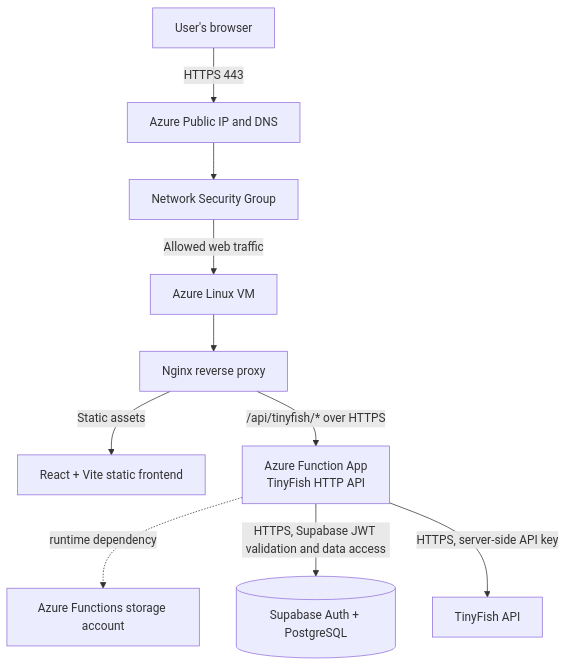
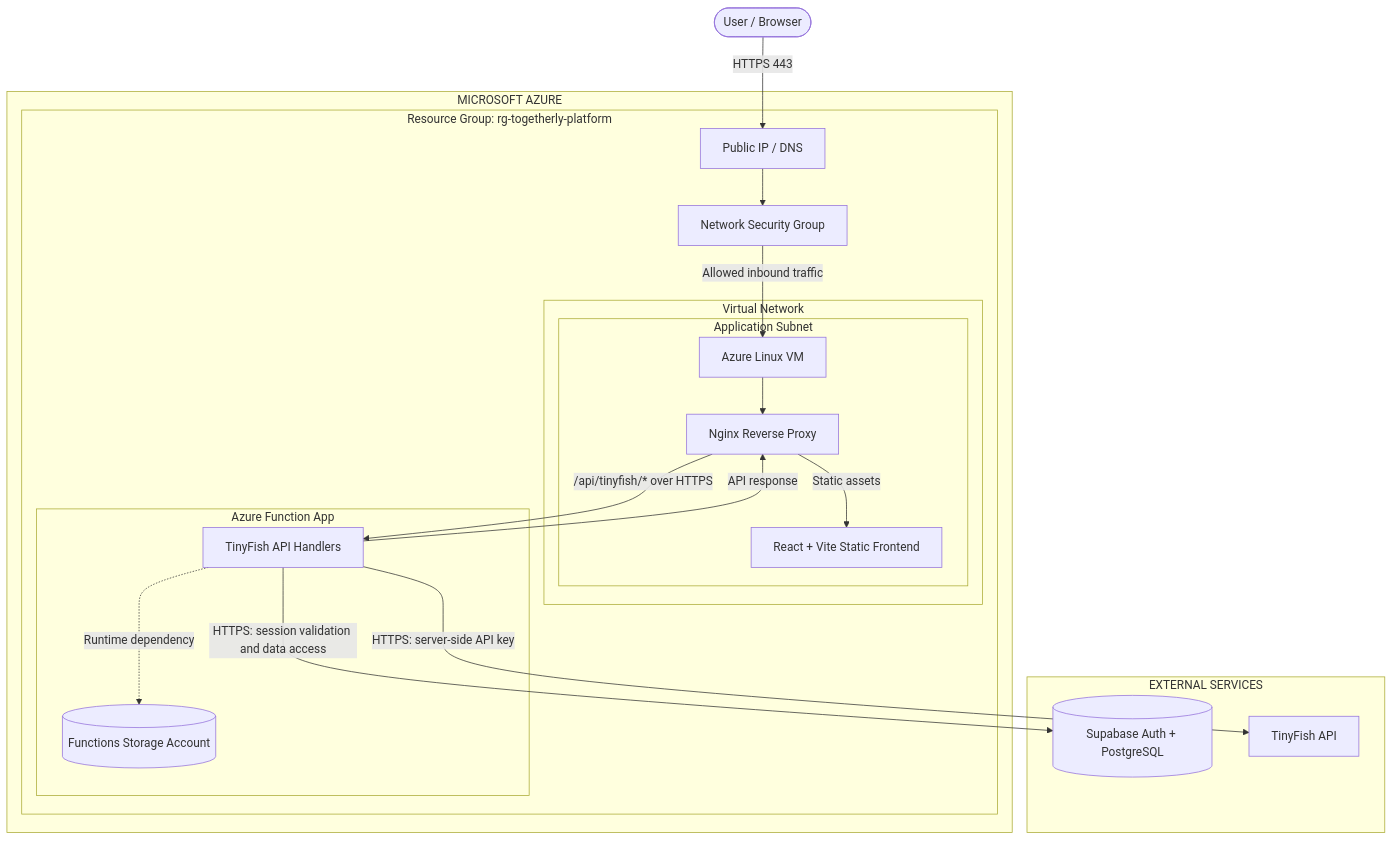
Before and after one commit to Faizankhan-cyber/togetherly-azure-platform: the diagram in docs/architecture/v1-architecture.md, drawn with Mermaid. The commit also changed other lines of this file, not shown here.

Commit message:
docs: document integrated V1 architecture and infrastructure view

````diff
--- a/docs/architecture/v1-architecture.md
+++ b/docs/architecture/v1-architecture.md
@@ -9,23 +11,40 @@
 ```mermaid
 flowchart TB
-    U[User's browser]
-    DNS[Azure Public IP and DNS]
-    NSG[Network Security Group]
-    VM[Azure Linux VM]
-    NGINX[Nginx reverse proxy]
-    WEB[React + Vite static frontend]
-    FUNC[Azure Function App<br/>TinyFish HTTP API]
-    STORE[Azure Functions storage account]
-    SB[(Supabase Auth + PostgreSQL)]
-    TF[TinyFish API]
+    USER(["User / Browser"])
 
-    U -->|HTTPS 443| DNS
-    DNS --> NSG
-    NSG -->|Allowed web traffic| VM
+    subgraph AZURE["MICROSOFT AZURE"]
+        subgraph RG["Resource Group: rg-togetherly-platform"]
+            PUBLIC["Public IP / DNS"]
+            NSG["Network Security Group"]
+
+            subgraph VNET["Virtual Network"]
+                subgraph SUBNET["Application Subnet"]
+                    VM["Azure Linux VM"]
+                    NGINX["Nginx Reverse Proxy"]
+                    FRONTEND["React + Vite Static Frontend"]
+                end
+            end
+
+            subgraph FUNCAPP["Azure Function App"]
+                FUNCTIONS["TinyFish API Handlers"]
+                STORAGE[("Functions Storage Account")]
+            end
+        end
+    end
+
+    subgraph EXTERNAL["EXTERNAL SERVICES"]
+        SUPABASE[("Supabase Auth + PostgreSQL")]
+        TINYFISH["TinyFish API"]
+    end
+
+    USER -->|"HTTPS 443"| PUBLIC
+    PUBLIC --> NSG
+    NSG -->|"Allowed inbound traffic"| VM
     VM --> NGINX
-    NGINX -->|Static assets| WEB
-    NGINX -->|/api/tinyfish/* over HTTPS| FUNC
-    FUNC -. runtime dependency .-> STORE
-    FUNC -->|HTTPS, Supabase JWT validation and data access| SB
-    FUNC -->|HTTPS, server-side API key| TF
+    NGINX -->|"Static assets"| FRONTEND
+    NGINX -->|"/api/tinyfish/* over HTTPS"| FUNCTIONS
+    FUNCTIONS -.->|"Runtime dependency"| STORAGE
+    FUNCTIONS -->|"HTTPS: session validation and data access"| SUPABASE
+    FUNCTIONS -->|"HTTPS: server-side API key"| TINYFISH
+    FUNCTIONS -->|"API response"| NGINX
 ```
````
